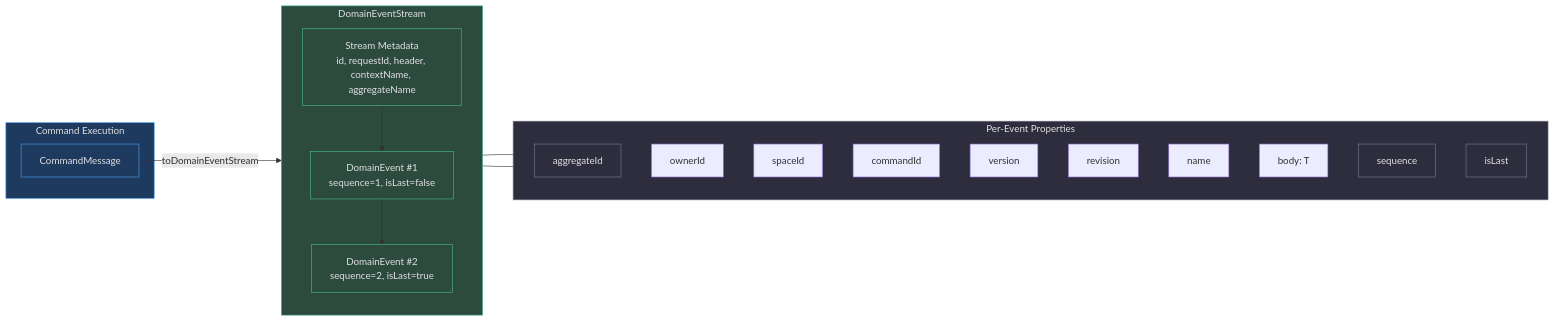
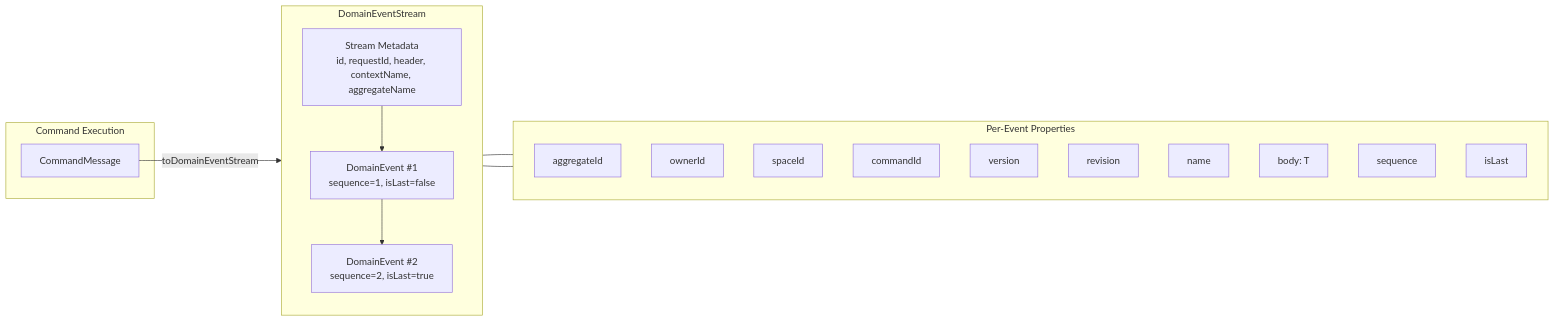
The third of 5 diagrams in documentation/docs/en/deep-dive/architecture/event-bus.md (Ahoo-Wang/Wow), drawn with Mermaid before and after one commit. The commit also changed other lines of this file and 32 other files, not shown here.

Commit message:
docs: remove unsupported style/classDef directives from stateDiagram-v2 Mermaid blocks

````diff
--- a/documentation/docs/en/deep-dive/architecture/event-bus.md
+++ b/documentation/docs/en/deep-dive/architecture/event-bus.md
@@ -200,43 +184,33 @@
 ```mermaid
 flowchart LR
     subgraph Input["Command Execution"]
         CMD[CommandMessage]
     end
 
     subgraph Stream["DomainEventStream"]
         direction TB
         STM[Stream Metadata<br>id, requestId, header, contextName, aggregateName]
         E1[DomainEvent #1<br>sequence=1, isLast=false]
         E2[DomainEvent #2<br>sequence=2, isLast=true]
         STM --> E1
         E1 --> E2
     end
 
     subgraph Properties["Per-Event Properties"]
         AID[aggregateId]
         OID[ownerId]
         SID[spaceId]
         CID[commandId]
         VER[version]
         REV[revision]
         NAM[name]
         BDY[body: T]
         SEQ[sequence]
         LST[isLast]
     end
 
     CMD -->|toDomainEventStream| Stream
     E1 --- Properties
     E2 --- Properties
 
-    style Input fill:#1e3a5f,stroke:#4a9eed,color:#e0e0e0
-    style Stream fill:#2d4a3e,stroke:#4aba8a,color:#e0e0e0
-    style Properties fill:#2d2d3d,stroke:#7a7a8a,color:#e0e0e0
-    style CMD fill:#1e3a5f,stroke:#4a9eed,color:#e0e0e0
-    style E1 fill:#2d4a3e,stroke:#4aba8a,color:#e0e0e0
-    style E2 fill:#2d4a3e,stroke:#4aba8a,color:#e0e0e0
-    style STM fill:#2d4a3e,stroke:#4aba8a,color:#e0e0e0
-    style AID fill:#2d2d3d,stroke:#7a7a8a,color:#e0e0e0
-    style SEQ fill:#2d2d3d,stroke:#7a7a8a,color:#e0e0e0
-    style LST fill:#2d2d3d,stroke:#7a7a8a,color:#e0e0e0
 ```
````
